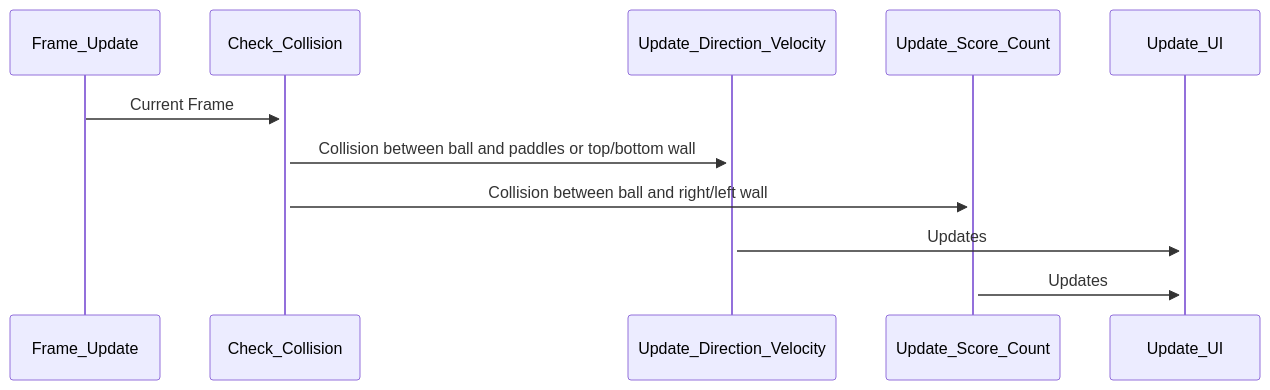
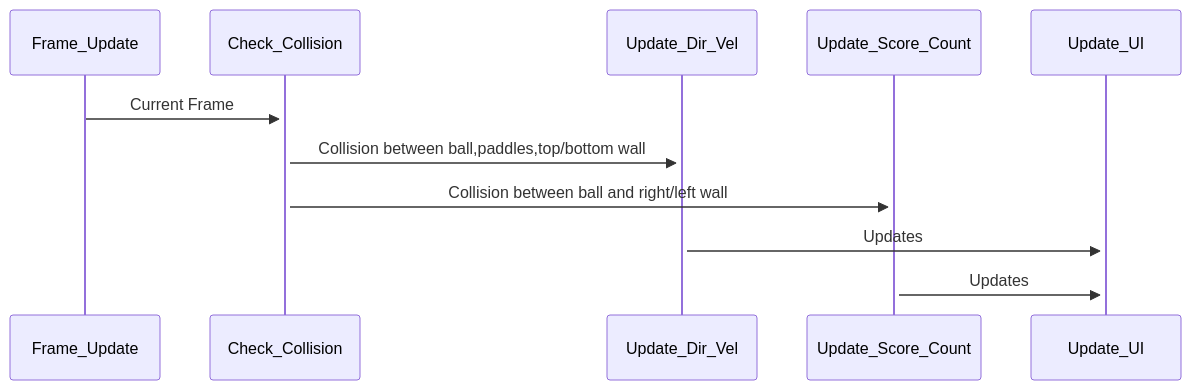
One commit to Engin-Boot/pong-stage-Azimcharoliya changed the second of 3 diagrams in Stage0/sequence-start.md. Above: the diagram before and after it, drawn with Mermaid.

Commit message:
Updated Formatting of line length

````diff
--- a/Stage0/sequence-start.md
+++ b/Stage0/sequence-start.md
@@ -15,8 +15,8 @@
 ```mermaid
 sequenceDiagram
   Frame_Update->>+Check_Collision: Current Frame
-  Check_Collision->>+Update_Direction_Velocity:Collision between ball and paddles or top/bottom wall
+  Check_Collision->>+Update_Dir_Vel:Collision between ball,paddles,top/bottom wall
   Check_Collision->>+Update_Score_Count:Collision between ball and right/left wall
-  Update_Direction_Velocity->>+Update_UI: Updates
+  Update_Dir_Vel->>+Update_UI: Updates
   Update_Score_Count->>+Update_UI: Updates
 ```
````
